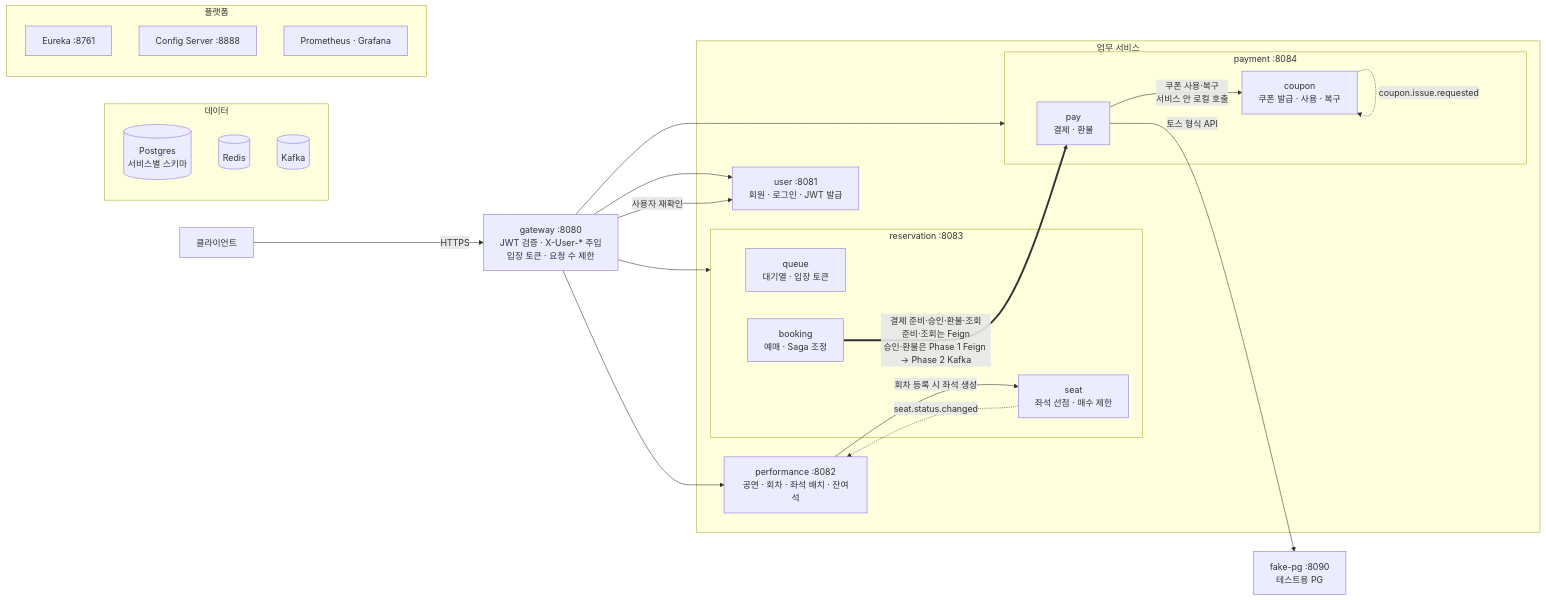
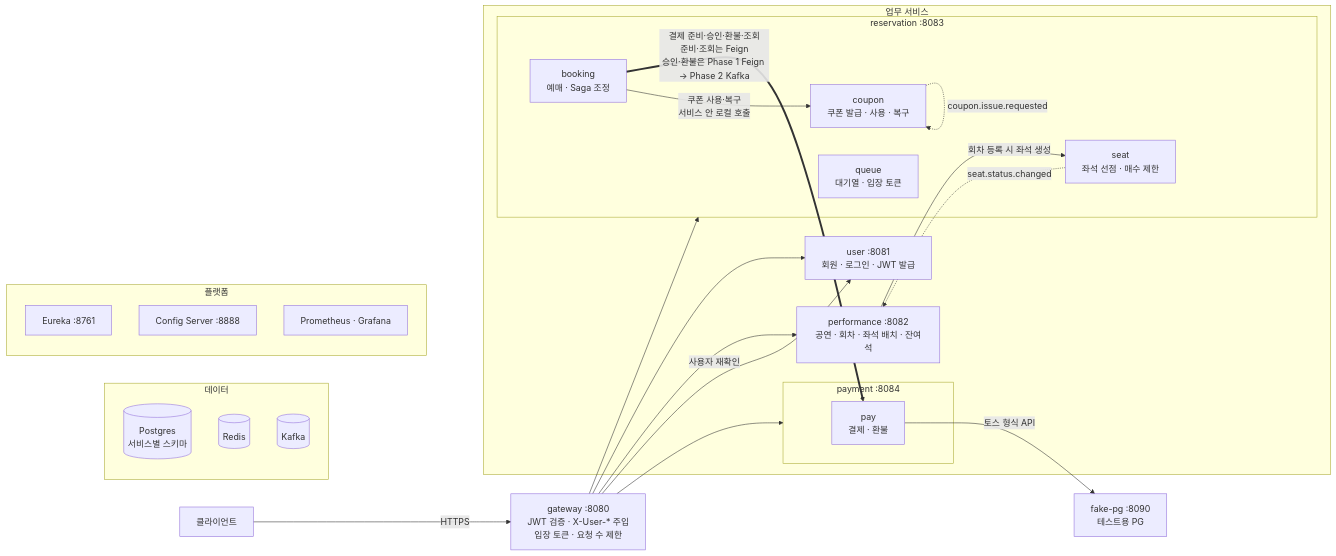
One commit to Good-Ticket-Service/ticket changed the first of 3 diagrams in docs/project/architecture.md. Above: the diagram before and after it, drawn with Mermaid. The commit also changed other lines of this file and 4 other files, not shown here.

````diff
--- a/docs/project/architecture.md
+++ b/docs/project/architecture.md
@@ -14,45 +14,45 @@
 ```mermaid
 flowchart LR
     C[클라이언트] -->|HTTPS| GW
 
     GW["gateway :8080<br/>JWT 검증 · X-User-* 주입<br/>입장 토큰 · 요청 수 제한"]
 
     subgraph SVC[업무 서비스]
         U["user :8081<br/>회원 · 로그인 · JWT 발급"]
         P["performance :8082<br/>공연 · 회차 · 좌석 배치 · 잔여석"]
         subgraph R["reservation :8083"]
             RQ["queue<br/>대기열 · 입장 토큰"]
             RS["seat<br/>좌석 선점 · 매수 제한"]
             RB["booking<br/>예매 · Saga 조정"]
+            RC["coupon<br/>쿠폰 발급 · 사용 · 복구"]
         end
         subgraph PAY["payment :8084"]
             PP["pay<br/>결제 · 환불"]
-            PC["coupon<br/>쿠폰 발급 · 사용 · 복구"]
         end
     end
 
     GW --> U
     GW --> P
     GW --> R
     GW --> PAY
     GW -->|사용자 재확인| U
 
     RB ==>|"결제 준비·승인·환불·조회<br/>준비·조회는 Feign<br/>승인·환불은 Phase 1 Feign → Phase 2 Kafka"| PP
     PP -->|토스 형식 API| FPG["fake-pg :8090<br/>테스트용 PG"]
-    PP -->|쿠폰 사용·복구<br/>서비스 안 로컬 호출| PC
+    RB -->|쿠폰 사용·복구<br/>서비스 안 로컬 호출| RC
     P -->|회차 등록 시 좌석 생성| RS
     RS -.->|seat.status.changed| P
-    PC -.->|coupon.issue.requested| PC
+    RC -.->|coupon.issue.requested| RC
 
     subgraph DATA[데이터]
         DB[("Postgres<br/>서비스별 스키마")]
         RD[("Redis")]
         K[("Kafka")]
     end
 
     subgraph PLAT[플랫폼]
         EU[Eureka :8761]
         CFG[Config Server :8888]
         MON[Prometheus · Grafana]
     end
 ```
````
